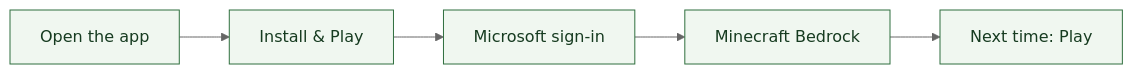
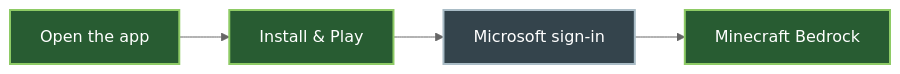
Before and after one commit to keys-i/minecraft-mac: the diagram in README.md, drawn with Mermaid (neutral theme). The commit also changed other lines of this file and 7 other files, not shown here.

````diff
--- a/README.md
+++ b/README.md
@@ -33,9 +26,10 @@
 ```mermaid
 flowchart LR
     A["Open the app"] --> B["Install & Play"]
     B --> C["Microsoft sign-in"]
     C --> D["Minecraft Bedrock"]
-    D --> E["Next time: Play"]
-    classDef step fill:#f0f7f0,stroke:#2f6f3e,color:#163b20
-    class A,B,C,D,E step
+    classDef grass fill:#285c32,stroke:#8ecb65,color:#fff,stroke-width:2px
+    classDef stone fill:#34444c,stroke:#a9bcc6,color:#fff,stroke-width:2px
+    class A,B,D grass
+    class C stone
 ```
````
